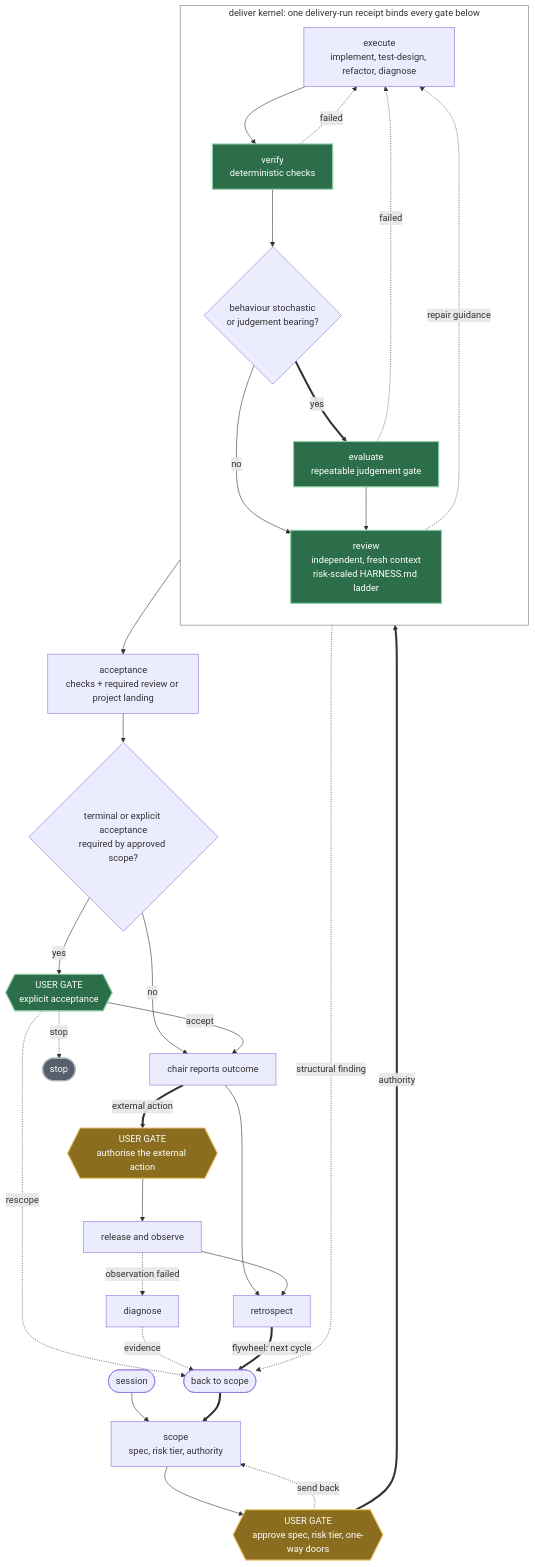
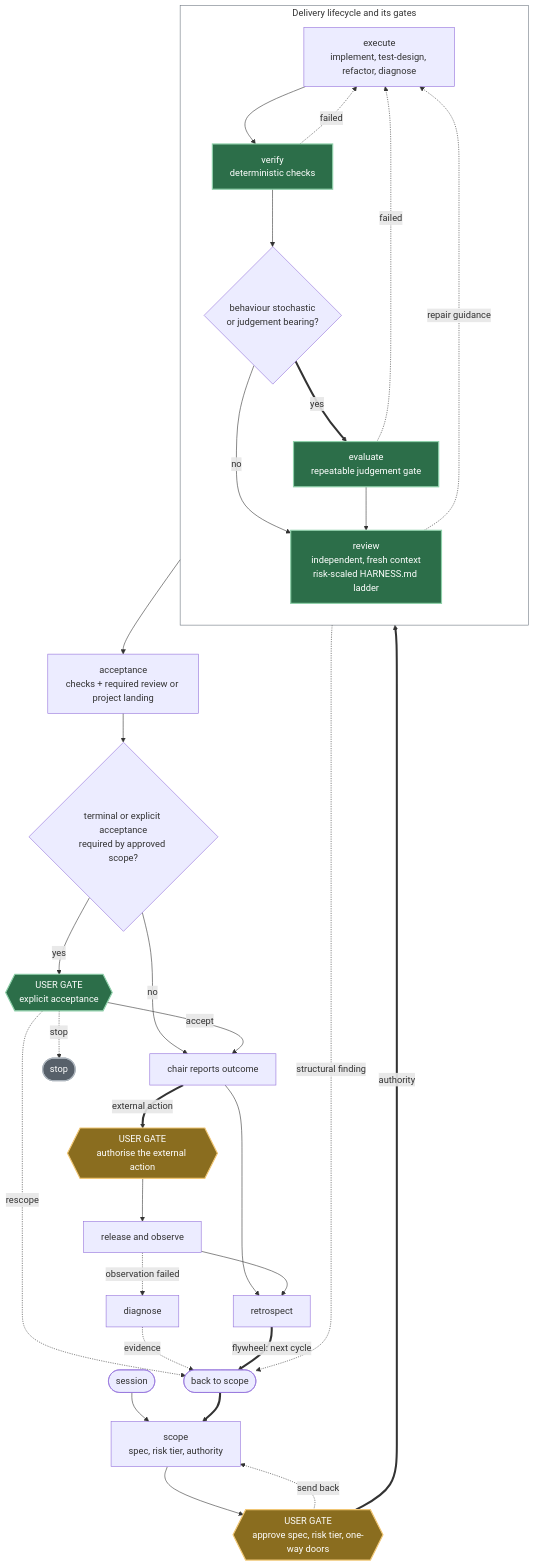
Before and after one commit to mblauberg/provenant: the second of 3 diagrams in docs/ARCHITECTURE.md, drawn with Mermaid. The commit also changed other lines of this file and 9 other files, not shown here.

````diff
--- a/docs/ARCHITECTURE.md
+++ b/docs/ARCHITECTURE.md
@@ -130,48 +134,48 @@
 ```mermaid
 flowchart TB
     accTitle: The full delivery lifecycle and its user gates
     accDescr: Session prepares context and scope produces the specification, risk tier and authority. A user gate approves the specification or sends it back to scope. Inside the deliver kernel, execute runs implement, test-design, refactor or diagnose, then deterministic verification, an optional conditional evaluate gate and independent review in fresh contexts. Coverage follows the HARNESS.md Review ladder, with an adversarial lens added at terminal. Failed checks and blocking findings return to execute under the repair guidance in the delivery skills; no runtime repair budget is enforced. Objective checks and tier-required review meet acceptance, or a project may name its landing gate. Explicit user acceptance is required only for terminal work or approved scope. The chair reports the outcome and the user may reject it. Any external action needs separate user authorisation before release and observation. A failed observation opens diagnose. Returns to scope converge on one back-to-scope collector.
     SE(["session"]) --> SC["scope<br/>spec, risk tier, authority"]
     SC --> G1{{"USER GATE<br/>approve spec, risk tier, one-way doors"}}
     G1 -. "send back" .-> SC
     G1 == "authority" ==> DEL
 
-    subgraph DEL["deliver kernel: one delivery-run receipt binds every gate below"]
+    subgraph DEL["Delivery lifecycle and its gates"]
       direction TB
       EX["execute<br/>implement, test-design, refactor, diagnose"] --> VF["verify<br/>deterministic checks"]
       VF -. "failed" .-> EX
       VF --> Q{"behaviour stochastic<br/>or judgement bearing?"}
       Q -- "no" --> RV
       Q == "yes" ==> EV["evaluate<br/>repeatable judgement gate"]
       EV -. "failed" .-> EX
       EV --> RV["review<br/>independent, fresh context<br/>risk-scaled HARNESS.md ladder"]
       RV -. "repair guidance" .-> EX
     end
 
     RV --> AC["acceptance<br/>checks + required review or project landing"]
     AC --> Q2{"terminal or explicit acceptance<br/>required by approved scope?"}
     Q2 -- "yes" --> G2{{"USER GATE<br/>explicit acceptance"}}
     Q2 -- "no" --> OUT["chair reports outcome"]
     G2 -- "accept" --> OUT
     G2 -. "stop" .-> HALT(["stop"])
     OUT --> RT["retrospect"]
     OUT == "external action" ==> G3{{"USER GATE<br/>authorise the external action"}}
     G3 --> RL["release and observe"]
     RL -. "observation failed" .-> DG["diagnose"]
     RL --> RT
 
     RV -. "structural finding" .-> RS
     G2 -. "rescope" .-> RS
     DG -. "evidence" .-> RS
     RT == "flywheel: next cycle" ==> RS
     RS(["back to scope"]) ==> SC
 
     classDef user fill:#8a6d1f,stroke:#f0c674,color:#ffffff,stroke-width:2px
     classDef blocking fill:#2c6e49,stroke:#8fd0aa,color:#ffffff,stroke-width:2px
     classDef inert fill:#57606a,stroke:#adb5bd,color:#ffffff,stroke-width:2px
     class G1,G3 user
     class G2 blocking
     class VF,EV,RV blocking
     class HALT inert
     style DEL fill:none,stroke:#6e7781,stroke-width:1px
 ```
````
